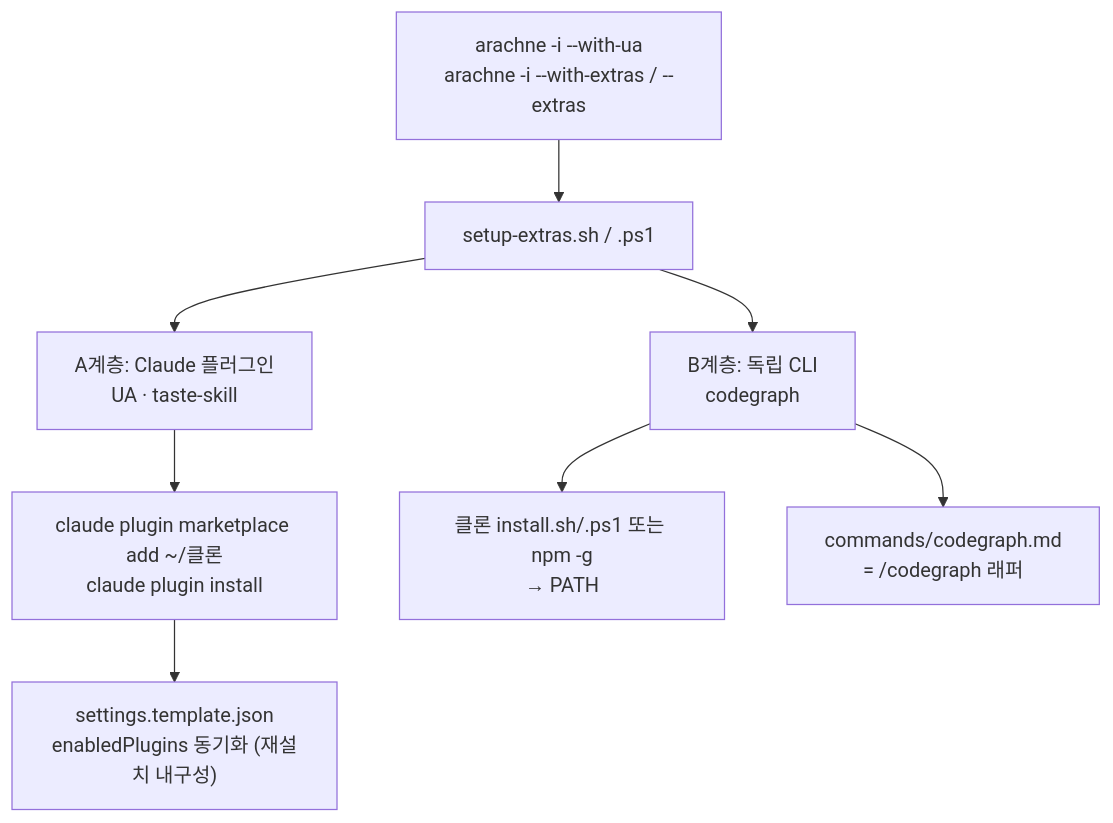
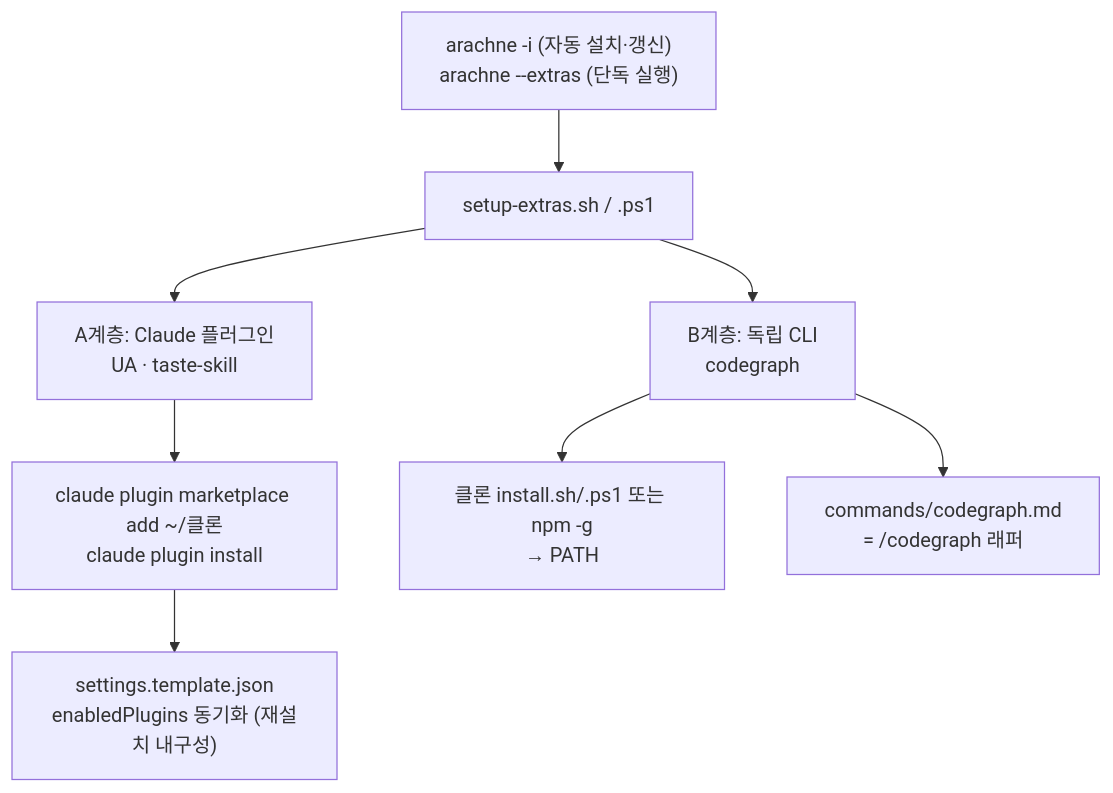
One commit to jomarusoup/Arachne changed the diagram in docs/tools/README.md. Above: the diagram before and after it, drawn with Mermaid. The commit also changed other lines of this file and 7 other files, not shown here.

````diff
--- a/docs/tools/README.md
+++ b/docs/tools/README.md
@@ -33,10 +33,10 @@
 ```mermaid
 flowchart TD
-    A["arachne -i --with-ua<br/>arachne -i --with-extras / --extras"] --> S["setup-extras.sh / .ps1"]
+    A["arachne -i (자동 설치·갱신)<br/>arachne --extras (단독 실행)"] --> S["setup-extras.sh / .ps1"]
     S --> P["A계층: Claude 플러그인<br/>UA · taste-skill"]
     S --> C["B계층: 독립 CLI<br/>codegraph"]
     P --> M["claude plugin marketplace add ~/클론<br/>claude plugin install"]
     M --> T["settings.template.json<br/>enabledPlugins 동기화 (재설치 내구성)"]
     C --> B["클론 install.sh/.ps1 또는 npm -g<br/>→ PATH"]
     C --> W["commands/codegraph.md<br/>= /codegraph 래퍼"]
 ```
````
